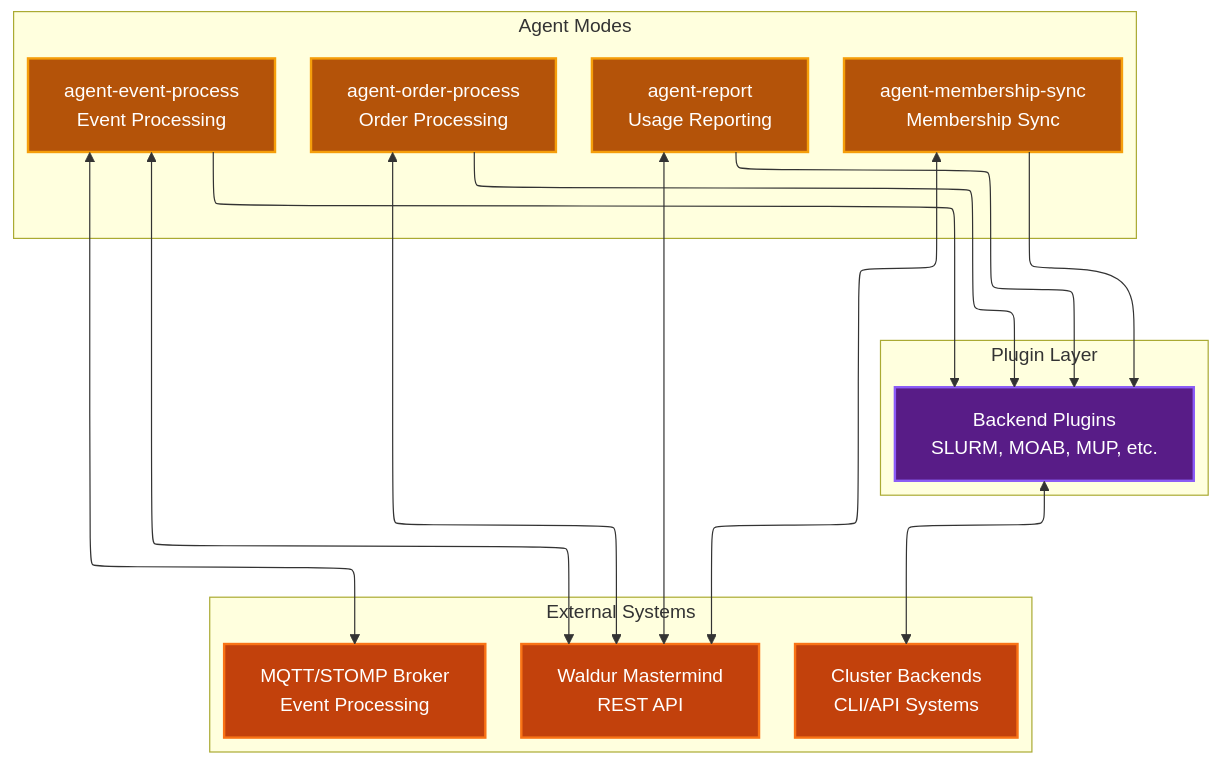
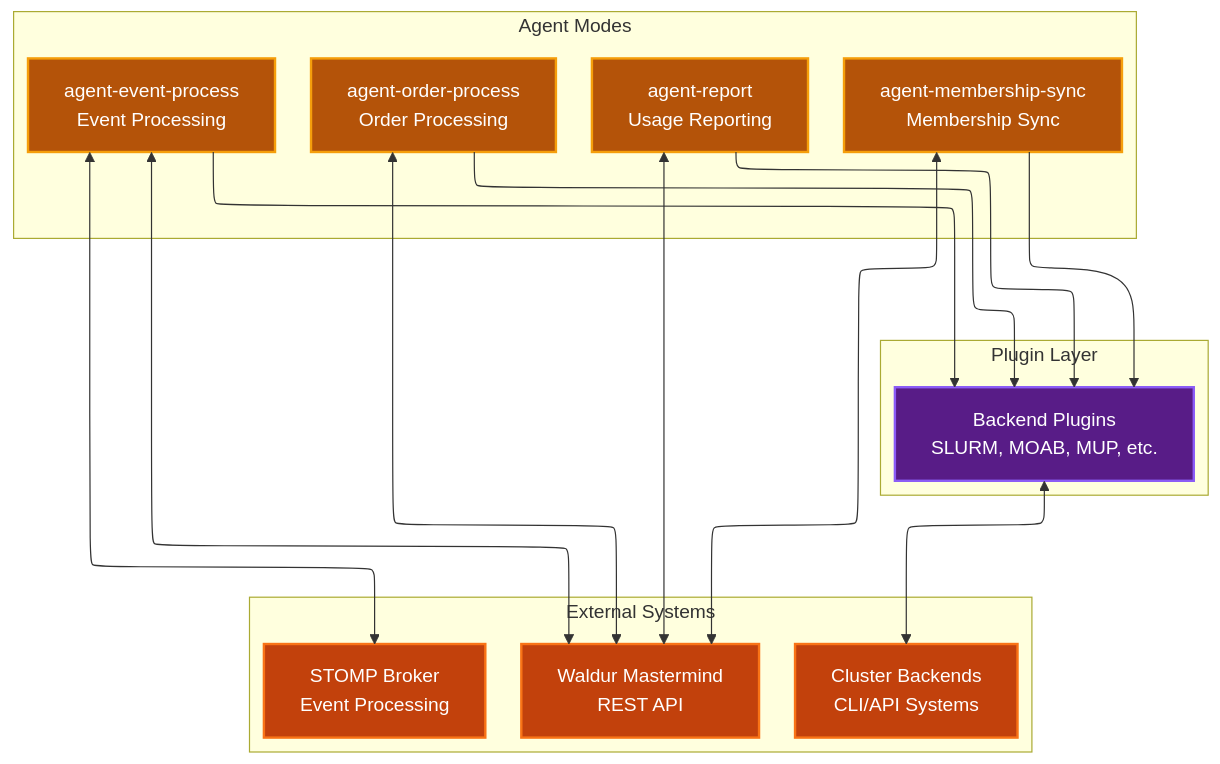
One commit to waldur/waldur-site-agent changed the second of 2 diagrams in docs/architecture.md. Above: the diagram before and after it, drawn with Mermaid. The commit also changed 28 other files, not shown here.

Commit message:
Remove MQTT support in favor of STOMP

````diff
--- a/docs/architecture.md
+++ b/docs/architecture.md
@@ -59,46 +59,46 @@
 ```mermaid
 ---
 config:
   layout: elk
 ---
 graph TB
     subgraph "Agent Modes"
         ORDER[agent-order-process<br/>Order Processing]
         REPORT[agent-report<br/>Usage Reporting]
         SYNC[agent-membership-sync<br/>Membership Sync]
         EVENT[agent-event-process<br/>Event Processing]
     end
 
     subgraph "Plugin Layer"
         PLUGINS[Backend Plugins<br/>SLURM, MOAB, MUP, etc.]
     end
 
     subgraph "External Systems"
         WALDUR[Waldur Mastermind<br/>REST API]
         BACKENDS[Cluster Backends<br/>CLI/API Systems]
-        MQTT[MQTT/STOMP Broker<br/>Event Processing]
+        STOMP[STOMP Broker<br/>Event Processing]
     end
 
     %% Agent mode usage of plugins
     ORDER --> PLUGINS
     REPORT --> PLUGINS
     SYNC --> PLUGINS
     EVENT --> PLUGINS
 
     %% External connections
     ORDER <--> WALDUR
     REPORT <--> WALDUR
     SYNC <--> WALDUR
     EVENT <--> WALDUR
-    EVENT <--> MQTT
+    EVENT <--> STOMP
     PLUGINS <--> BACKENDS
 
     %% Styling - Dark mode compatible colors
     classDef agent fill:#B45309,stroke:#F59E0B,stroke-width:2px,color:#FFFFFF
     classDef plugin fill:#581C87,stroke:#8B5CF6,stroke-width:2px,color:#FFFFFF
     classDef external fill:#C2410C,stroke:#F97316,stroke-width:2px,color:#FFFFFF
 
     class ORDER,REPORT,SYNC,EVENT agent
     class PLUGINS plugin
-    class WALDUR,BACKENDS,MQTT external
+    class WALDUR,BACKENDS,STOMP external
 ```
````
